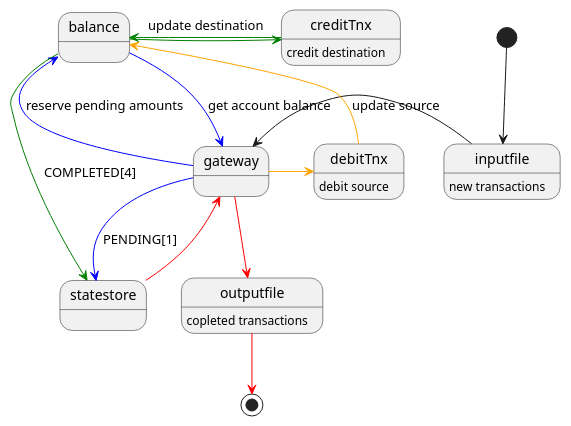
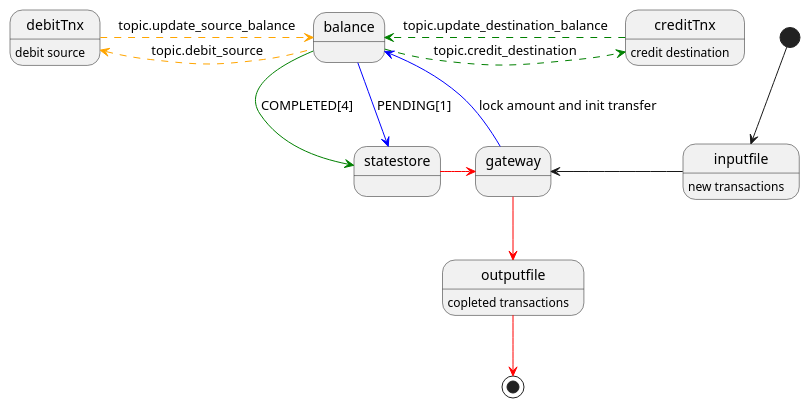
One commit to domahidizoltan/playground-dapr changed the diagram in README.md. Above: the diagram before and after it, drawn with PlantUML. The commit also changed other lines of this file and 20 other files, not shown here.

Commit message:
Finish and refactor the flow (wip)

````diff
--- a/README.md
+++ b/README.md
@@ -19,25 +19,24 @@
 ```puml
 @startuml
 inputfile : new transactions
 outputfile : copleted transactions
 debitTnx : debit source
 creditTnx : credit destination
 
 [*] --> inputfile
-inputfile -> gateway
-gateway -down[#blue]-> statestore : PENDING[1]
-gateway -up[#blue]-> balance : reserve pending amounts
-balance -[#blue]> gateway : get account balance
+inputfile -left> gateway
+gateway -[#blue]-> balance : lock amount and init transfer
+balance -down[#blue]-> statestore : PENDING[1]
+balance -left[dashed,#orange]> debitTnx : topic.debit_source
 
-gateway -[#orange]> debitTnx
-debitTnx -[#orange]> balance : update source
+debitTnx -[dashed,#orange]> balance : topic.update_source_balance
 
-balance -[#green]> creditTnx
-creditTnx -[#green]> balance : update destination
+balance -right[dashed,#green]> creditTnx : topic.credit_destination
+creditTnx -[dashed,#green]> balance : topic.update_destination_balance
 balance -[#green]> statestore : COMPLETED[4]
 
 statestore -[#red]> gateway
 gateway -[#red]-> outputfile
-outputfile -down[#red]-> [*]
+outputfile -[#red]-> [*]
 @enduml
 ```
````
